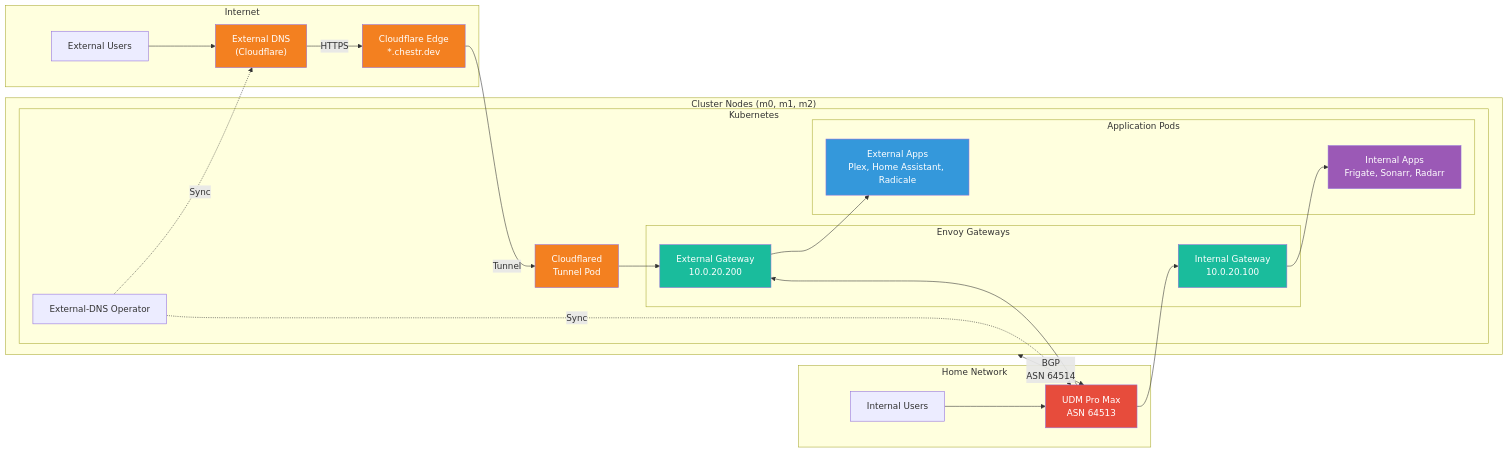
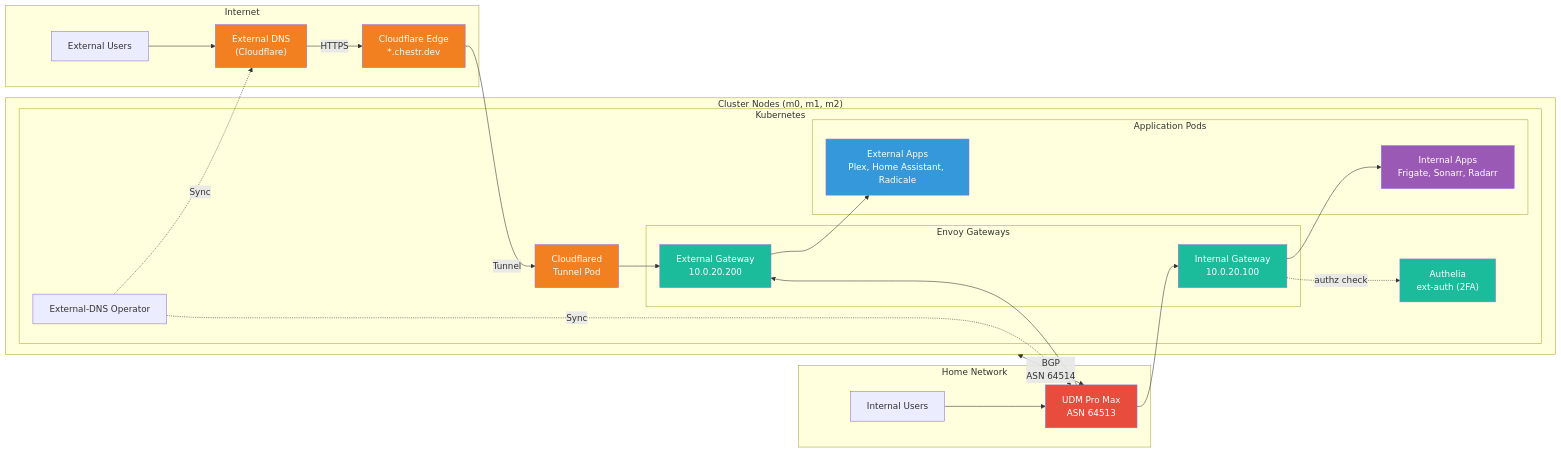
Before and after one commit to mchestr/home-cluster: the second of 2 diagrams in docs/src/notes/networking.md, drawn with Mermaid. The commit also changed other lines of this file and 2 other files, not shown here.

````diff
--- a/docs/src/notes/networking.md
+++ b/docs/src/notes/networking.md
@@ -115,59 +115,61 @@
 ```mermaid
 flowchart LR
     subgraph Internet
         Users["External Users"]
         ExtDNS["External DNS<br/>(Cloudflare)"]
         CFEdge["Cloudflare Edge<br/>*.chestr.dev"]
     end
 
     subgraph HomeNet["Home Network"]
         HomeUsers["Internal Users"]
         UDM["UDM Pro Max<br/>ASN 64513"]
     end
 
     subgraph Nodes["Cluster Nodes (m0, m1, m2)"]
         subgraph K8s["Kubernetes"]
             subgraph Gateways["Envoy Gateways"]
                 ExtGW["External Gateway<br/>10.0.20.200"]
                 IntGW["Internal Gateway<br/>10.0.20.100"]
             end
 
             CFTunnel["Cloudflared<br/>Tunnel Pod"]
+            Authelia["Authelia<br/>ext-auth (2FA)"]
 
             subgraph Apps["Application Pods"]
                 ExtApps["External Apps<br/>Plex, Home Assistant, Radicale"]
                 IntApps["Internal Apps<br/>Frigate, Sonarr, Radarr"]
             end
 
             ExtDNSOp["External-DNS Operator"]
         end
     end
 
     Users --> ExtDNS
     ExtDNS -->|HTTPS| CFEdge
     CFEdge -->|Tunnel| CFTunnel
     CFTunnel --> ExtGW
     ExtGW --> ExtApps
 
     HomeUsers --> UDM
     UDM --> ExtGW
     UDM --> IntGW
+    IntGW -.->|"authz check"| Authelia
     IntGW --> IntApps
 
     ExtDNSOp -.->|Sync| ExtDNS
     ExtDNSOp -.->|Sync| UDM
 
     Nodes <-->|"BGP<br/>ASN 64514"| UDM
 
     classDef cloudflare fill:#f38020,color:white
     classDef gateway fill:#1abc9c,color:white
     classDef extapps fill:#3498db,color:white
     classDef intapps fill:#9b59b6,color:white
     classDef router fill:#e74c3c,color:white
 
     class CFEdge,CFTunnel,ExtDNS cloudflare
-    class ExtGW,IntGW gateway
+    class ExtGW,IntGW,Authelia gateway
     class ExtApps extapps
     class IntApps intapps
     class UDM router
 ```
````
